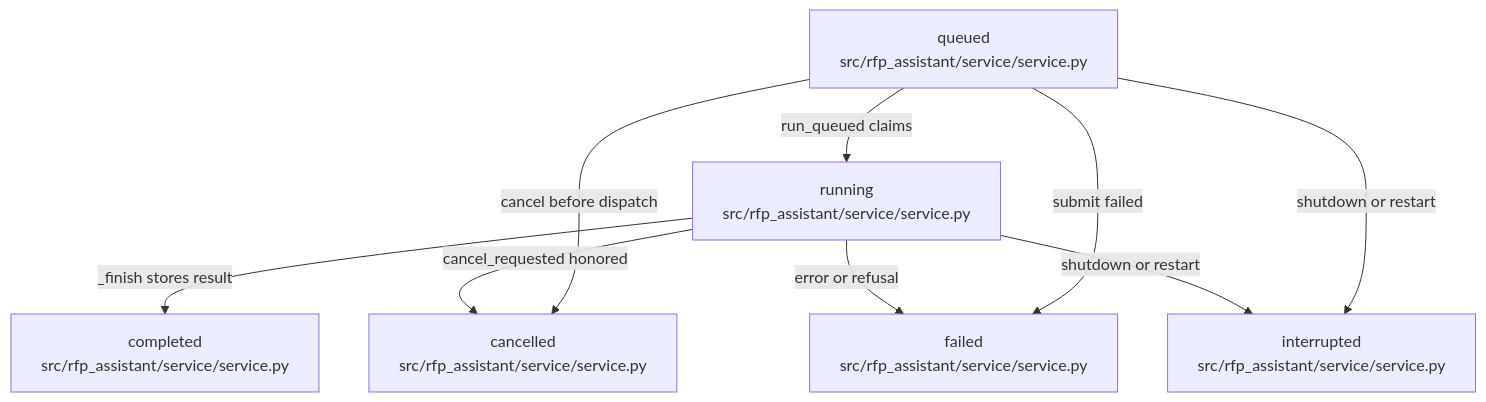
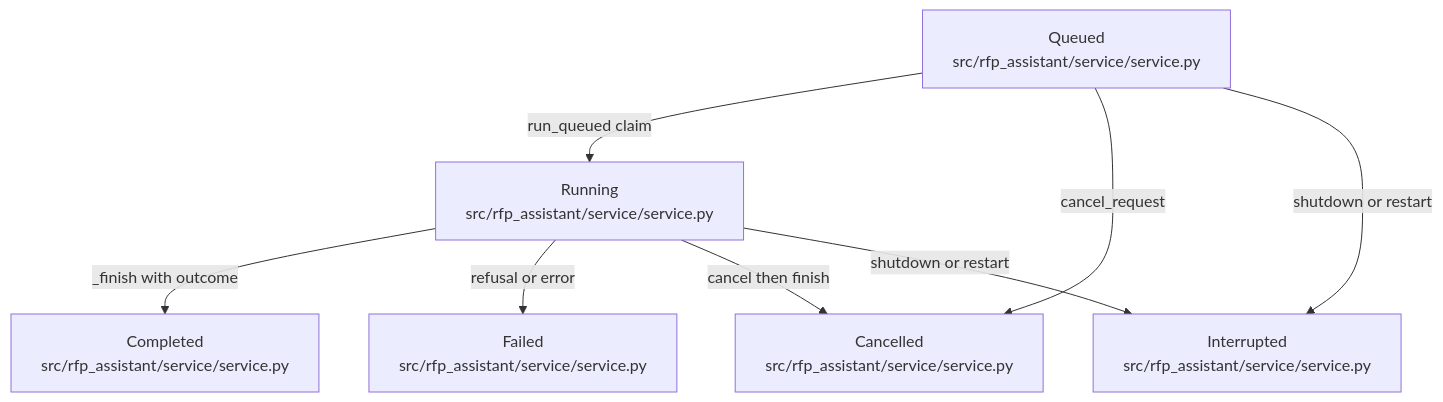
One commit to littleeeeebit/project-codeit-mid changed the diagram in .omm/state-transitions/request-status/diagram.mmd. Above: the diagram before and after it, drawn with Mermaid. The commit also changed 367 other files, not shown here.

```diff
--- a/.omm/state-transitions/request-status/diagram.mmd
+++ b/.omm/state-transitions/request-status/diagram.mmd
@@ -1,15 +1,14 @@
 graph TD
-  queued["queued\nsrc/rfp_assistant/service/service.py"]
-  running["running\nsrc/rfp_assistant/service/service.py"]
-  completed["completed\nsrc/rfp_assistant/service/service.py"]
-  failed["failed\nsrc/rfp_assistant/service/service.py"]
-  cancelled["cancelled\nsrc/rfp_assistant/service/service.py"]
-  interrupted["interrupted\nsrc/rfp_assistant/service/service.py"]
-  queued -->|"run_queued claims"| running
-  queued -->|"cancel before dispatch"| cancelled
-  queued -->|"shutdown or restart"| interrupted
-  queued -->|"submit failed"| failed
-  running -->|"_finish stores result"| completed
-  running -->|"error or refusal"| failed
-  running -->|"cancel_requested honored"| cancelled
-  running -->|"shutdown or restart"| interrupted
+  queued["Queued\nsrc/rfp_assistant/service/service.py"]
+  running["Running\nsrc/rfp_assistant/service/service.py"]
+  completed["Completed\nsrc/rfp_assistant/service/service.py"]
+  failed["Failed\nsrc/rfp_assistant/service/service.py"]
+  cancelled["Cancelled\nsrc/rfp_assistant/service/service.py"]
+  interrupted["Interrupted\nsrc/rfp_assistant/service/service.py"]
+  queued -->|run_queued claim| running
+  queued -->|cancel_request| cancelled
+  queued -->|shutdown or restart| interrupted
+  running -->|_finish with outcome| completed
+  running -->|refusal or error| failed
+  running -->|cancel then finish| cancelled
+  running -->|shutdown or restart| interrupted
```
